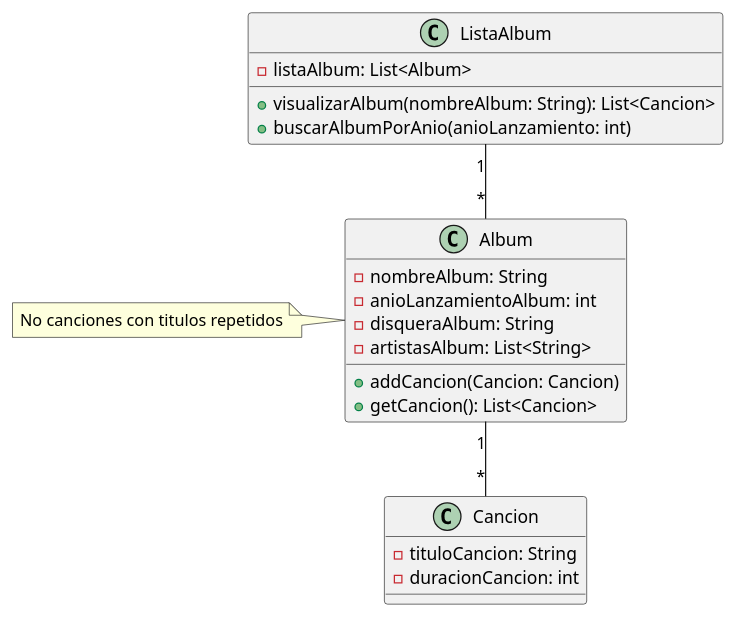
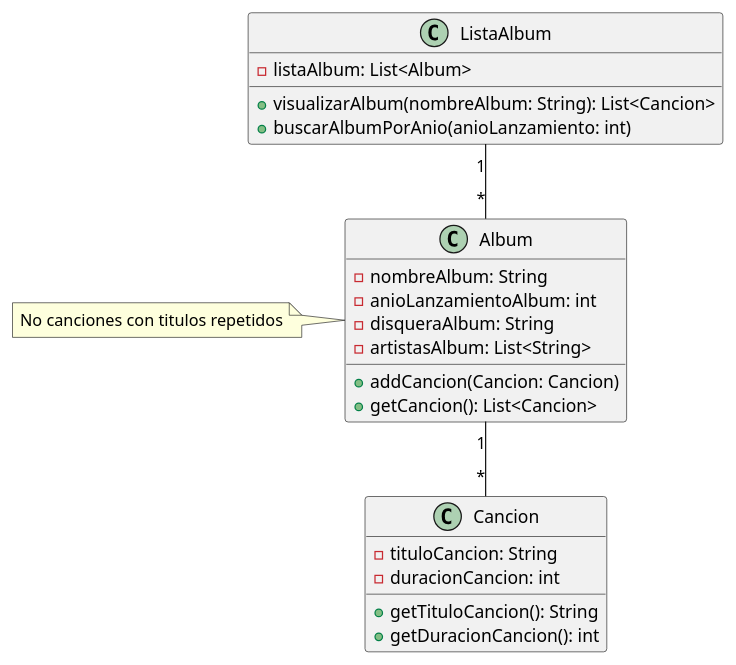
Before and after one commit to Antoquez/music-album-project: the diagram in Documentación/DiagramaClases.plantuml, drawn with PlantUML.

Commit message:
Update DiagramaClases.plantuml
Actualización diagrama métodos get en clase canción

```diff
--- a/Documentación/DiagramaClases.plantuml
+++ b/Documentación/DiagramaClases.plantuml
@@ -1,30 +1,32 @@
 @startuml hola
 
 class ListaAlbum{
   - listaAlbum: List<Album>
   + visualizarAlbum(nombreAlbum: String): List<Cancion>
   + buscarAlbumPorAnio(anioLanzamiento: int)
 }
 
 class Album {
   - nombreAlbum: String
   - anioLanzamientoAlbum: int
   - disqueraAlbum: String
   - artistasAlbum: List<String>
   + addCancion(Cancion: Cancion)
   + getCancion(): List<Cancion>
   
 }
 
 class Cancion {
   - tituloCancion: String
   - duracionCancion: int
+  + getTituloCancion(): String
+  + getDuracionCancion(): int
 }
 
 Album "1" -- "*" Cancion
 ListaAlbum "1" -- "*" Album
 
 note left of Album: No canciones con titulos repetidos
 
 
 @enduml
```
